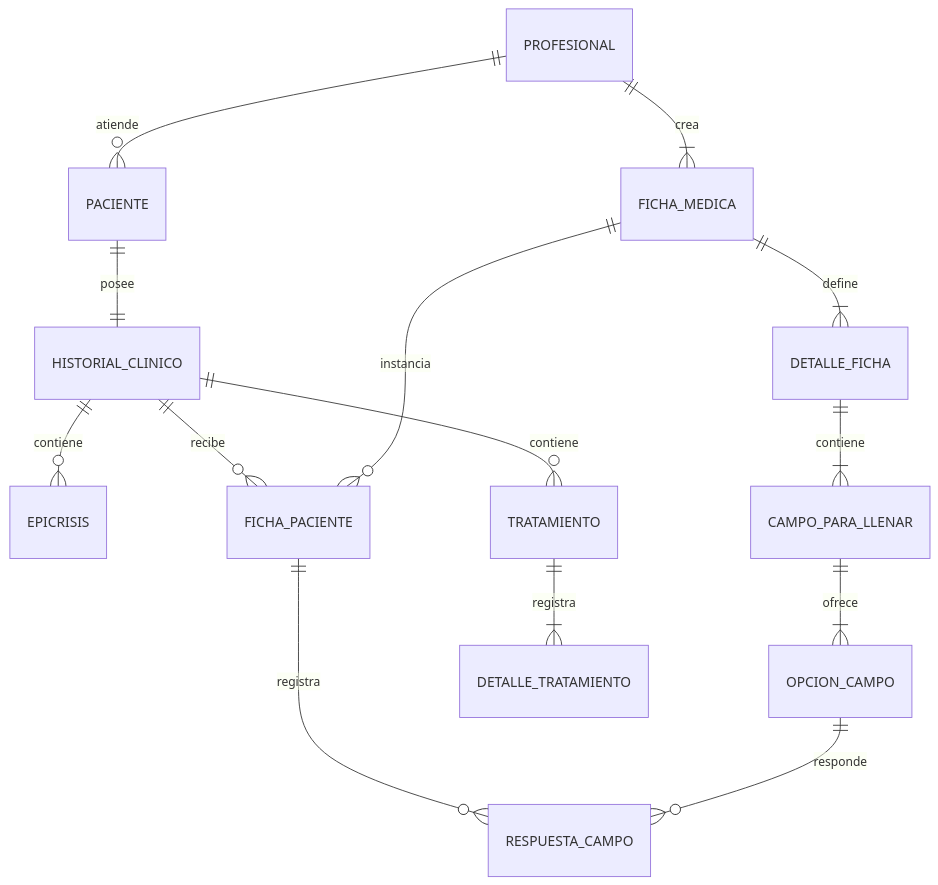
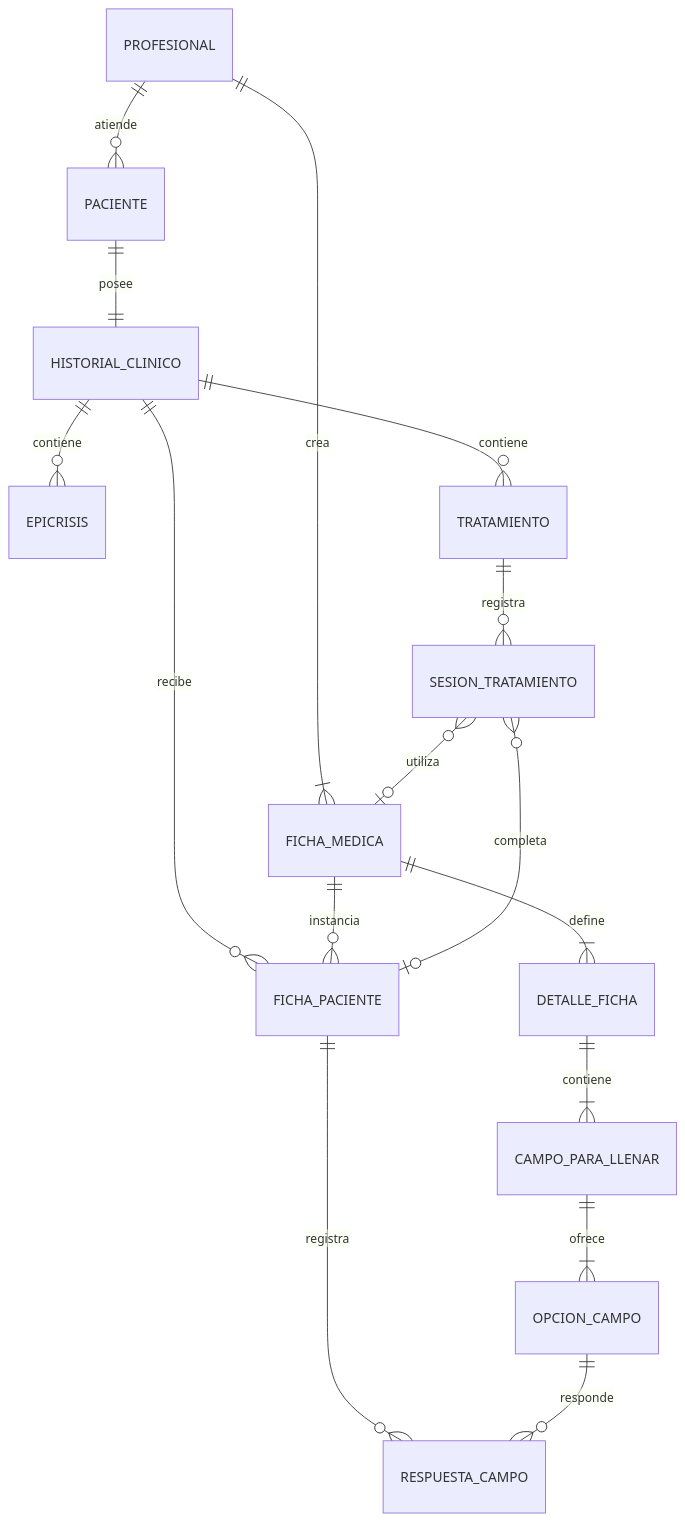
Before and after one commit to Taboada-Ignacio/Servicio-historiales-clinicos: the diagram in README.md, drawn with Mermaid. The commit also changed other lines of this file and 15 other files, not shown here.

````diff
--- a/README.md
+++ b/README.md
@@ -98,16 +101,18 @@
 ```mermaid
 erDiagram
     PROFESIONAL ||--o{ PACIENTE : atiende
     PROFESIONAL ||--|{ FICHA_MEDICA : crea
     PACIENTE ||--|| HISTORIAL_CLINICO : posee
     HISTORIAL_CLINICO ||--o{ EPICRISIS : contiene
     HISTORIAL_CLINICO ||--o{ FICHA_PACIENTE : recibe
     HISTORIAL_CLINICO ||--o{ TRATAMIENTO : contiene
     FICHA_MEDICA ||--|{ DETALLE_FICHA : define
     DETALLE_FICHA ||--|{ CAMPO_PARA_LLENAR : contiene
     CAMPO_PARA_LLENAR ||--|{ OPCION_CAMPO : ofrece
     FICHA_MEDICA ||--o{ FICHA_PACIENTE : instancia
     FICHA_PACIENTE ||--o{ RESPUESTA_CAMPO : registra
     OPCION_CAMPO ||--o{ RESPUESTA_CAMPO : responde
-    TRATAMIENTO ||--|{ DETALLE_TRATAMIENTO : registra
+    TRATAMIENTO ||--o{ SESION_TRATAMIENTO : registra
+    SESION_TRATAMIENTO }o--o| FICHA_MEDICA : utiliza
+    SESION_TRATAMIENTO }o--o| FICHA_PACIENTE : completa
 ```
````
